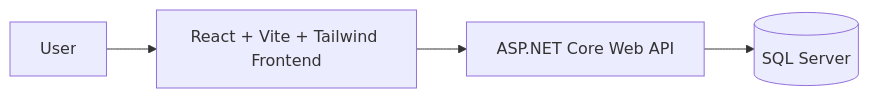
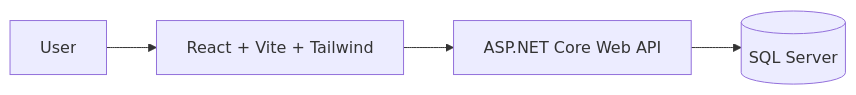
One commit to nafaji/product-crud-app changed the diagram in README.md. Above: the diagram before and after it, drawn with Mermaid. The commit also changed other lines of this file and 90 other files, not shown here.

````diff
--- a/README.md
+++ b/README.md
@@ -171,6 +201,6 @@
 ```mermaid
 flowchart LR
-    User[User] --> Frontend[React + Vite + Tailwind Frontend]
+    User[User] --> Frontend[React + Vite + Tailwind]
     Frontend --> API[ASP.NET Core Web API]
     API --> DB[(SQL Server)]
 ```
````
